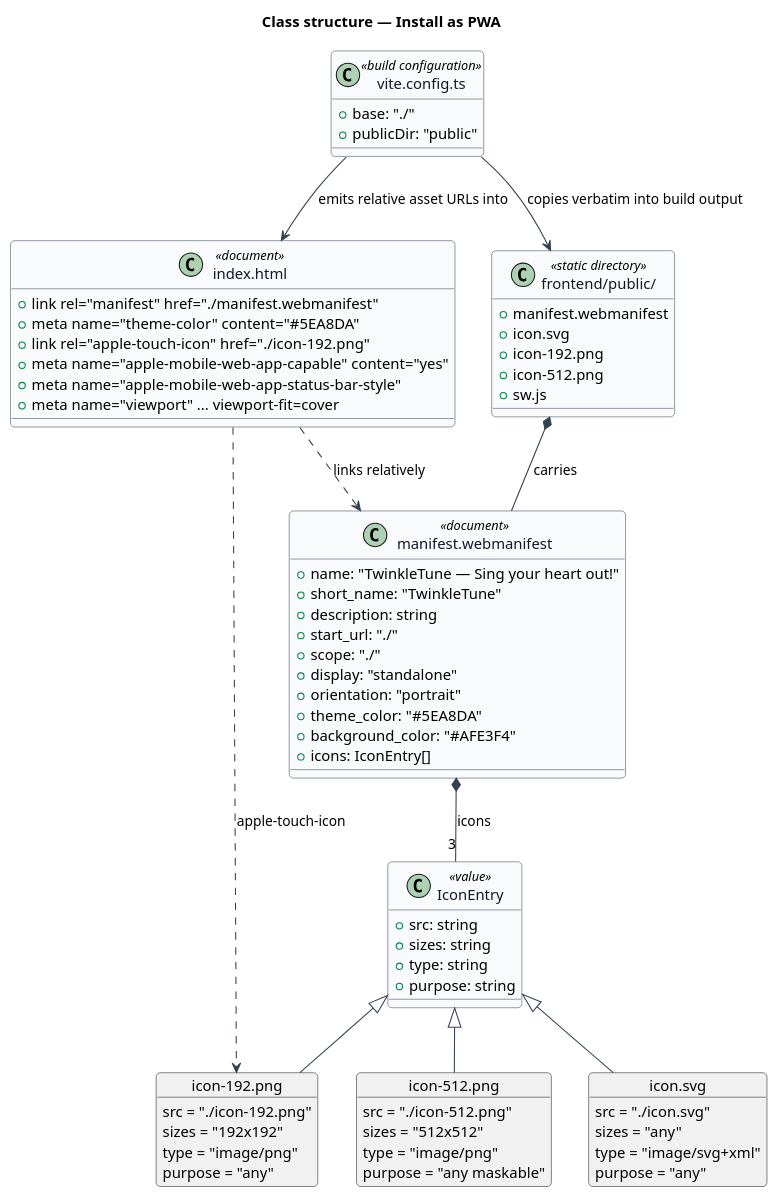
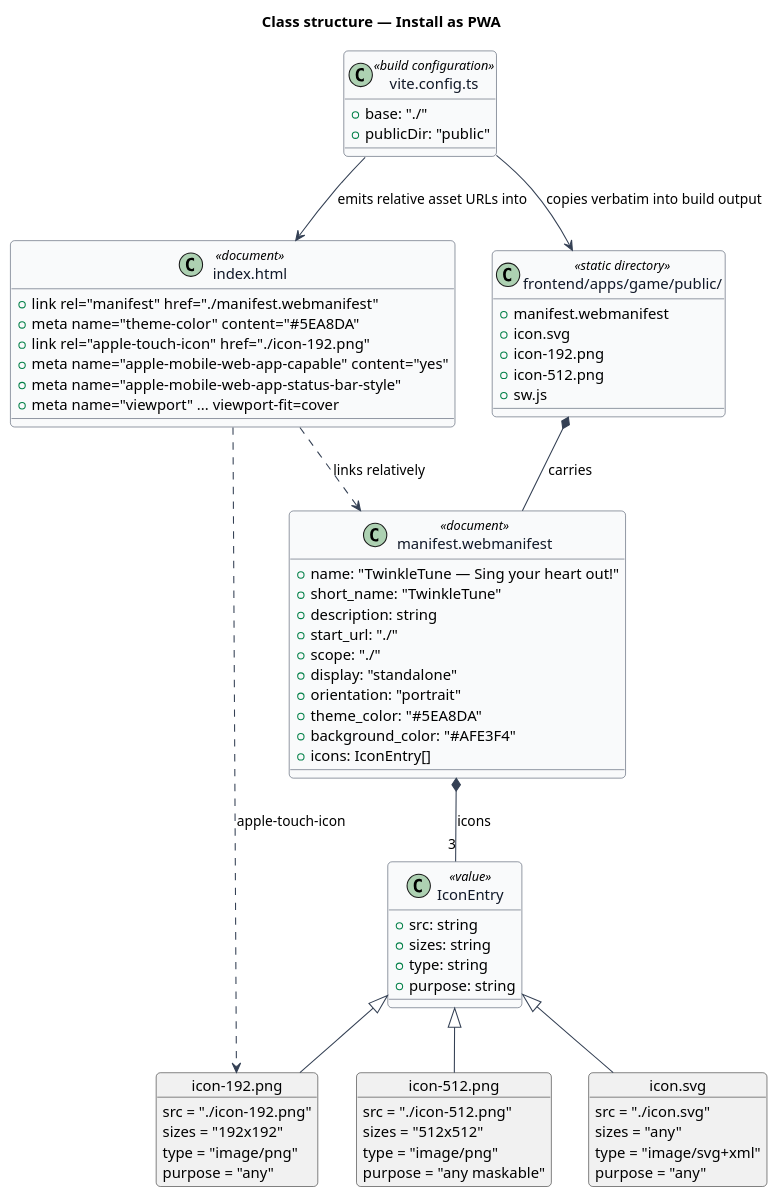
Before and after one commit to QuinntyneBrown/TwinkleTune: the diagram in docs/detailed-designs/application-shell/install-as-pwa/diagrams/class-structure.puml, drawn with PlantUML. The commit also changed 105 other files, not shown here.

```diff
--- a/docs/detailed-designs/application-shell/install-as-pwa/diagrams/class-structure.puml
+++ b/docs/detailed-designs/application-shell/install-as-pwa/diagrams/class-structure.puml
@@ -1,88 +1,88 @@
 @startuml
 ' --- shared skin header ---
 skinparam backgroundColor #FFFFFF
 skinparam shadowing false
 skinparam roundcorner 8
 skinparam defaultFontName Arial
 skinparam ArrowColor #344054
 skinparam class {
   BorderColor #344054
   FontColor #101828
   BackgroundColor #F9FAFB
 }
 ' --------------------------
 title Class structure — Install as PWA
 
 class "manifest.webmanifest" as Manifest <<document>> {
   +name: "TwinkleTune — Sing your heart out!"
   +short_name: "TwinkleTune"
   +description: string
   +start_url: "./"
   +scope: "./"
   +display: "standalone"
   +orientation: "portrait"
   +theme_color: "#5EA8DA"
   +background_color: "#AFE3F4"
   +icons: IconEntry[]
 }
 
 class IconEntry <<value>> {
   +src: string
   +sizes: string
   +type: string
   +purpose: string
 }
 
 object "icon.svg" as IconSvg {
   src = "./icon.svg"
   sizes = "any"
   type = "image/svg+xml"
   purpose = "any"
 }
 
 object "icon-192.png" as Icon192 {
   src = "./icon-192.png"
   sizes = "192x192"
   type = "image/png"
   purpose = "any"
 }
 
 object "icon-512.png" as Icon512 {
   src = "./icon-512.png"
   sizes = "512x512"
   type = "image/png"
   purpose = "any maskable"
 }
 
 class "index.html" as Index <<document>> {
   +link rel="manifest" href="./manifest.webmanifest"
   +meta name="theme-color" content="#5EA8DA"
   +link rel="apple-touch-icon" href="./icon-192.png"
   +meta name="apple-mobile-web-app-capable" content="yes"
   +meta name="apple-mobile-web-app-status-bar-style"
   +meta name="viewport" ... viewport-fit=cover
 }
 
 class "vite.config.ts" as ViteConfig <<build configuration>> {
   +base: "./"
   +publicDir: "public"
 }
 
-class "frontend/public/" as PublicDir <<static directory>> {
+class "frontend/apps/game/public/" as PublicDir <<static directory>> {
   +manifest.webmanifest
   +icon.svg
   +icon-192.png
   +icon-512.png
   +sw.js
 }
 
 Manifest *-- "3" IconEntry : icons
 IconEntry <|-- IconSvg
 IconEntry <|-- Icon192
 IconEntry <|-- Icon512
 Index ..> Manifest : links relatively
 Index ..> Icon192 : apple-touch-icon
 ViteConfig --> Index : emits relative asset URLs into
 ViteConfig --> PublicDir : copies verbatim into build output
 PublicDir *-- Manifest : carries
 @enduml
```
